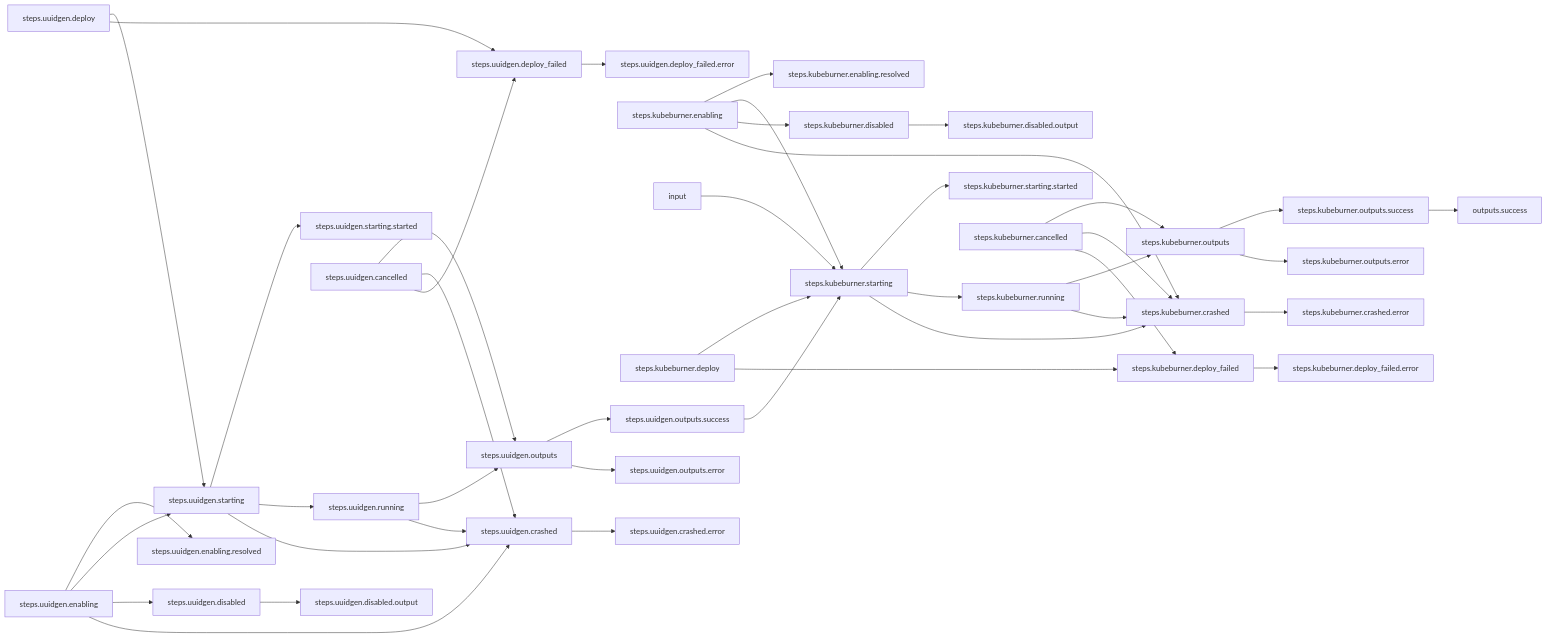
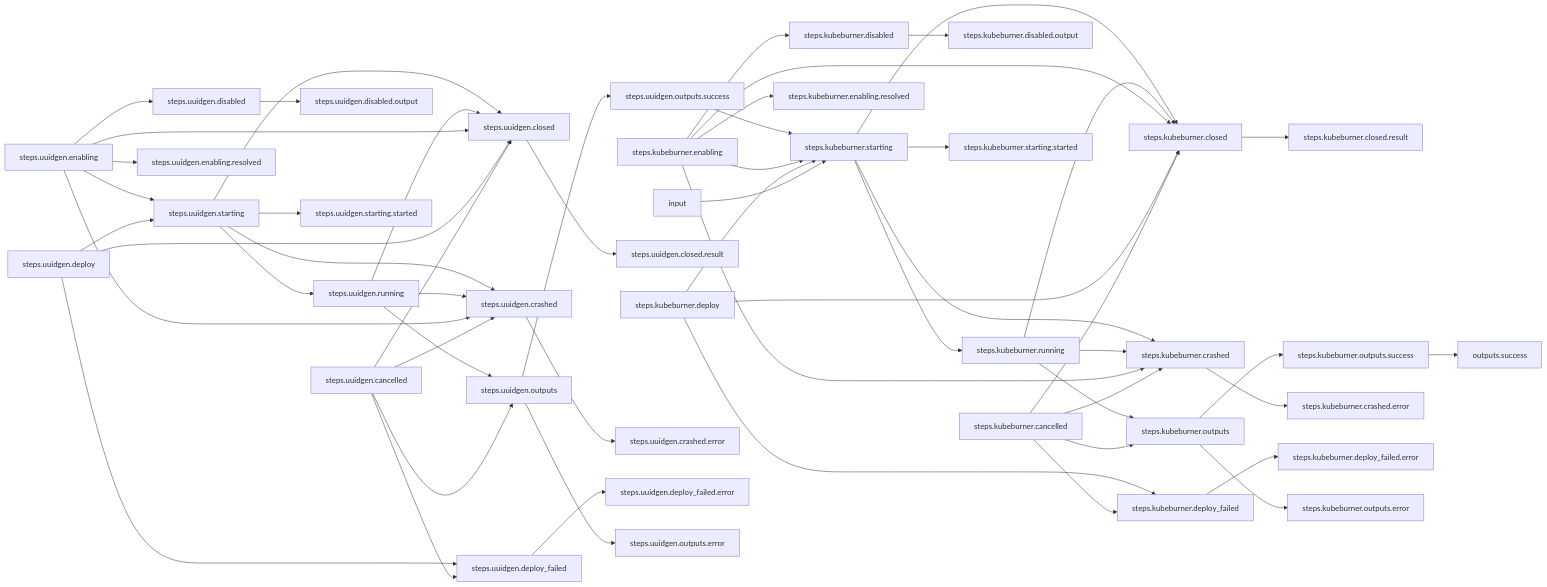
One commit to krkn-chaos/krkn changed the fourth of 4 diagrams in scenarios/arcaflow/ocp-chaos/README.md. Above: the diagram before and after it, drawn with Mermaid. The commit also changed other lines of this file and 4 other files, not shown here.

````diff
--- a/scenarios/arcaflow/ocp-chaos/README.md
+++ b/scenarios/arcaflow/ocp-chaos/README.md
@@ -188,48 +239,60 @@
 ```mermaid
 %% Mermaid markdown workflow
 flowchart LR
 %% Success path
-steps.uuidgen.running-->steps.uuidgen.outputs
-steps.kubeburner.outputs-->steps.kubeburner.outputs.success
-steps.kubeburner.running-->steps.kubeburner.outputs
-steps.uuidgen.starting-->steps.uuidgen.starting.started
-steps.uuidgen.starting-->steps.uuidgen.running
-steps.uuidgen.outputs-->steps.uuidgen.outputs.success
-steps.uuidgen.cancelled-->steps.uuidgen.outputs
+input-->steps.kubeburner.starting
+steps.kubeburner.cancelled-->steps.kubeburner.closed
+steps.kubeburner.cancelled-->steps.kubeburner.outputs
+steps.kubeburner.closed-->steps.kubeburner.closed.result
+steps.kubeburner.deploy-->steps.kubeburner.closed
+steps.kubeburner.deploy-->steps.kubeburner.starting
 steps.kubeburner.disabled-->steps.kubeburner.disabled.output
-steps.kubeburner.starting-->steps.kubeburner.starting.started
-steps.kubeburner.starting-->steps.kubeburner.running
-steps.uuidgen.disabled-->steps.uuidgen.disabled.output
+steps.kubeburner.enabling-->steps.kubeburner.closed
+steps.kubeburner.enabling-->steps.kubeburner.disabled
 steps.kubeburner.enabling-->steps.kubeburner.enabling.resolved
 steps.kubeburner.enabling-->steps.kubeburner.starting
-steps.kubeburner.enabling-->steps.kubeburner.disabled
-input-->steps.kubeburner.starting
-steps.kubeburner.deploy-->steps.kubeburner.starting
+steps.kubeburner.outputs-->steps.kubeburner.outputs.success
 steps.kubeburner.outputs.success-->outputs.success
-steps.uuidgen.outputs.success-->steps.kubeburner.starting
-steps.kubeburner.cancelled-->steps.kubeburner.outputs
+steps.kubeburner.running-->steps.kubeburner.closed
+steps.kubeburner.running-->steps.kubeburner.outputs
+steps.kubeburner.starting-->steps.kubeburner.closed
+steps.kubeburner.starting-->steps.kubeburner.running
+steps.kubeburner.starting-->steps.kubeburner.starting.started
+steps.uuidgen.cancelled-->steps.uuidgen.closed
+steps.uuidgen.cancelled-->steps.uuidgen.outputs
+steps.uuidgen.closed-->steps.uuidgen.closed.result
+steps.uuidgen.deploy-->steps.uuidgen.closed
 steps.uuidgen.deploy-->steps.uuidgen.starting
+steps.uuidgen.disabled-->steps.uuidgen.disabled.output
+steps.uuidgen.enabling-->steps.uuidgen.closed
+steps.uuidgen.enabling-->steps.uuidgen.disabled
 steps.uuidgen.enabling-->steps.uuidgen.enabling.resolved
 steps.uuidgen.enabling-->steps.uuidgen.starting
-steps.uuidgen.enabling-->steps.uuidgen.disabled
+steps.uuidgen.outputs-->steps.uuidgen.outputs.success
+steps.uuidgen.outputs.success-->steps.kubeburner.starting
+steps.uuidgen.running-->steps.uuidgen.closed
+steps.uuidgen.running-->steps.uuidgen.outputs
+steps.uuidgen.starting-->steps.uuidgen.closed
+steps.uuidgen.starting-->steps.uuidgen.running
+steps.uuidgen.starting-->steps.uuidgen.starting.started
 %% Error path
-steps.uuidgen.running-->steps.uuidgen.crashed
-steps.kubeburner.outputs-->steps.kubeburner.outputs.error
-steps.kubeburner.running-->steps.kubeburner.crashed
-steps.uuidgen.starting-->steps.uuidgen.crashed
-steps.uuidgen.outputs-->steps.uuidgen.outputs.error
-steps.uuidgen.cancelled-->steps.uuidgen.crashed
-steps.uuidgen.cancelled-->steps.uuidgen.deploy_failed
-steps.uuidgen.deploy_failed-->steps.uuidgen.deploy_failed.error
-steps.kubeburner.starting-->steps.kubeburner.crashed
-steps.uuidgen.crashed-->steps.uuidgen.crashed.error
-steps.kubeburner.enabling-->steps.kubeburner.crashed
-steps.kubeburner.deploy_failed-->steps.kubeburner.deploy_failed.error
-steps.kubeburner.deploy-->steps.kubeburner.deploy_failed
 steps.kubeburner.cancelled-->steps.kubeburner.crashed
 steps.kubeburner.cancelled-->steps.kubeburner.deploy_failed
 steps.kubeburner.crashed-->steps.kubeburner.crashed.error
+steps.kubeburner.deploy-->steps.kubeburner.deploy_failed
+steps.kubeburner.deploy_failed-->steps.kubeburner.deploy_failed.error
+steps.kubeburner.enabling-->steps.kubeburner.crashed
+steps.kubeburner.outputs-->steps.kubeburner.outputs.error
+steps.kubeburner.running-->steps.kubeburner.crashed
+steps.kubeburner.starting-->steps.kubeburner.crashed
+steps.uuidgen.cancelled-->steps.uuidgen.crashed
+steps.uuidgen.cancelled-->steps.uuidgen.deploy_failed
+steps.uuidgen.crashed-->steps.uuidgen.crashed.error
 steps.uuidgen.deploy-->steps.uuidgen.deploy_failed
+steps.uuidgen.deploy_failed-->steps.uuidgen.deploy_failed.error
 steps.uuidgen.enabling-->steps.uuidgen.crashed
+steps.uuidgen.outputs-->steps.uuidgen.outputs.error
+steps.uuidgen.running-->steps.uuidgen.crashed
+steps.uuidgen.starting-->steps.uuidgen.crashed
 %% Mermaid end
 ```
````
